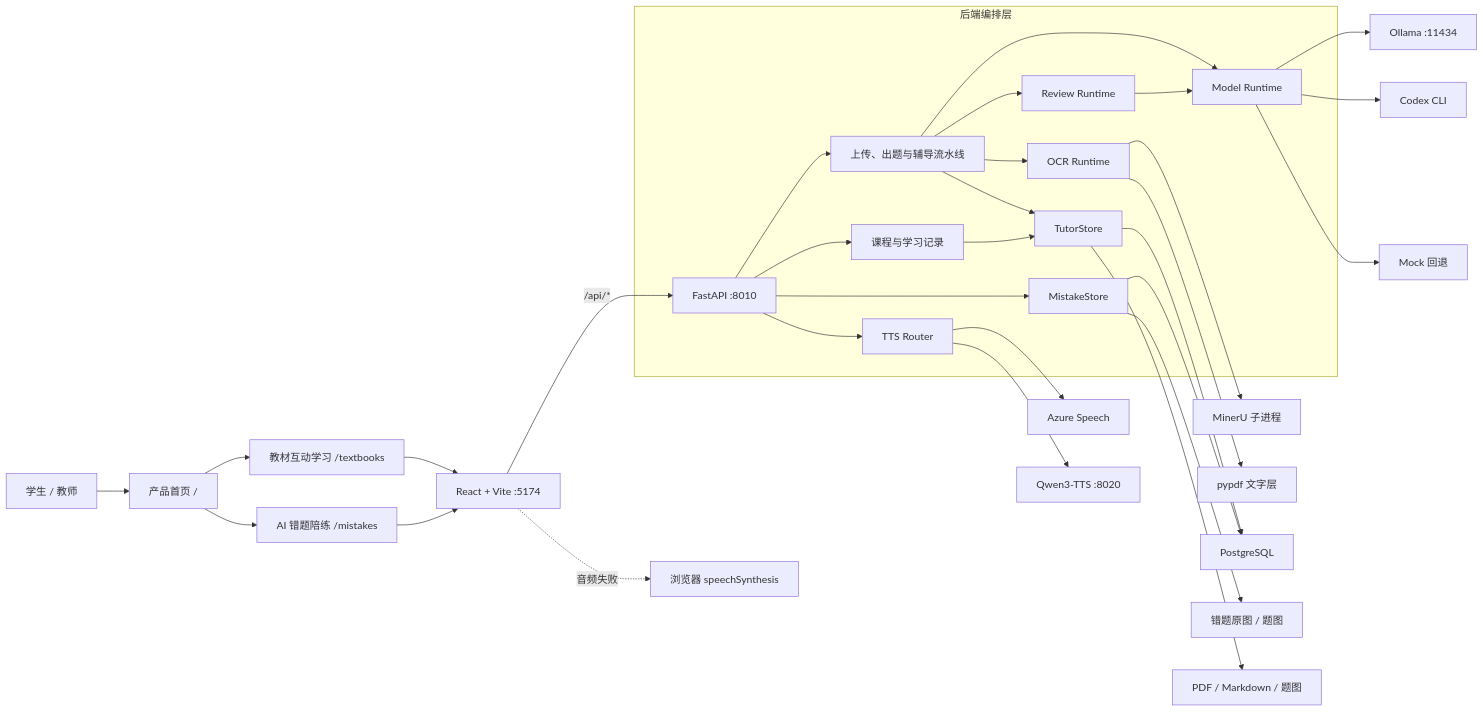
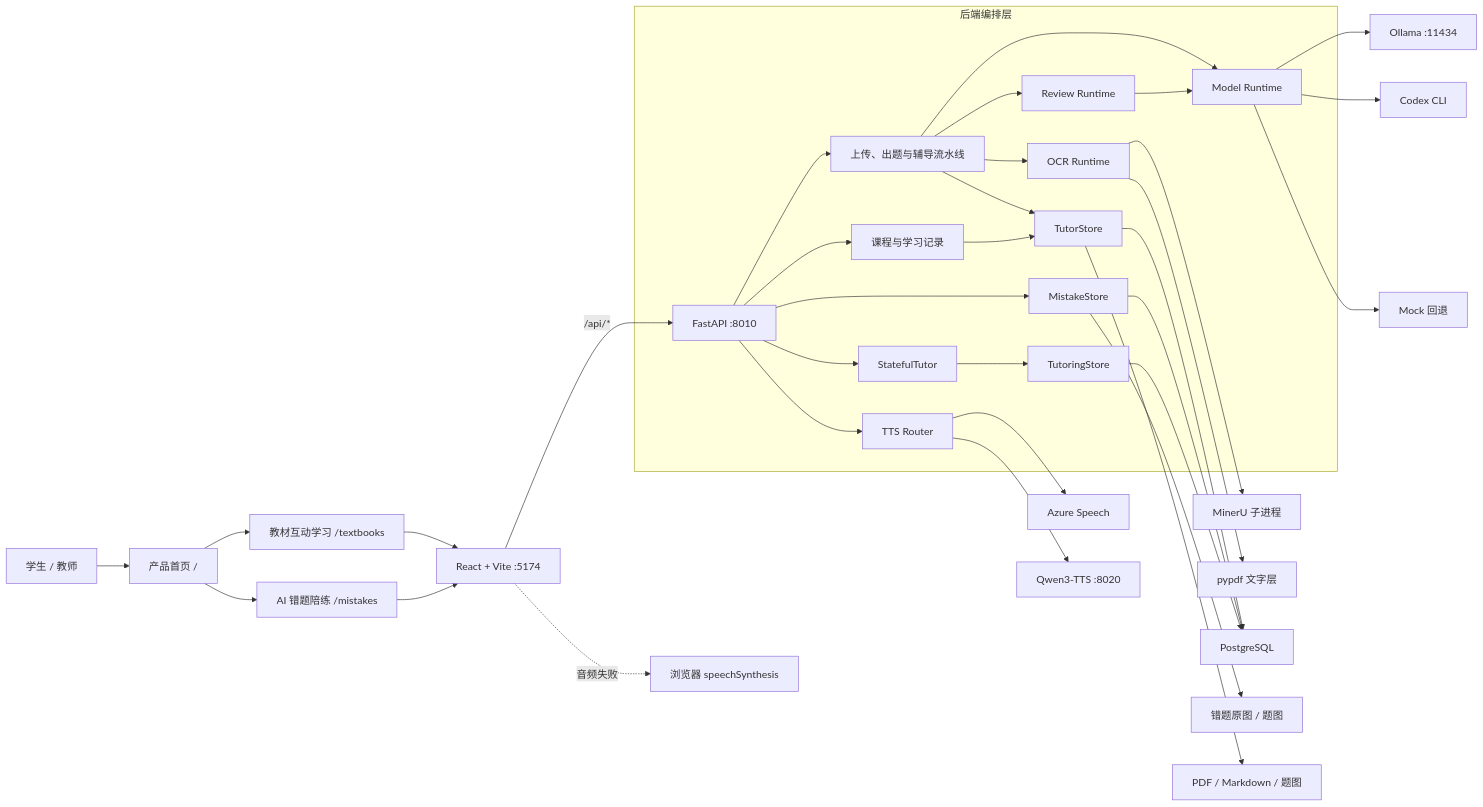
One commit to ningkaikok/dotty-tutor changed the first of 4 diagrams in docs/architecture.md. Above: the diagram before and after it, drawn with Mermaid. The commit also changed other lines of this file and 52 other files, not shown here.

Commit message:
feat(tutoring): add stateful mistake coaching

````diff
--- a/docs/architecture.md
+++ b/docs/architecture.md
@@ -11,35 +11,38 @@
 ```mermaid
 flowchart LR
   User["学生 / 教师"] --> Home["产品首页 /"]
   Home --> Textbooks["教材互动学习 /textbooks"]
   Home --> Mistakes["AI 错题陪练 /mistakes"]
   Textbooks --> Web["React + Vite :5174"]
   Mistakes --> Web
   Web -->|"/api/*"| API["FastAPI :8010"]
 
   subgraph Backend["后端编排层"]
     API --> Pipeline["上传、出题与辅导流水线"]
     API --> Learning["课程与学习记录"]
     Pipeline --> OCR["OCR Runtime"]
     Pipeline --> Model["Model Runtime"]
     Pipeline --> Review["Review Runtime"]
     Pipeline --> Store["TutorStore"]
     Learning --> Store
     API --> TTS["TTS Router"]
     API --> MistakeStore["MistakeStore"]
+    API --> Tutor["StatefulTutor"]
+    Tutor --> ThreadStore["TutoringStore"]
     Review --> Model
   end
 
   OCR --> MinerU["MinerU 子进程"]
   OCR --> PyPDF["pypdf 文字层"]
   Model --> Ollama["Ollama :11434"]
   Model --> Codex["Codex CLI"]
   Model --> Mock["Mock 回退"]
   Store --> PostgreSQL["PostgreSQL"]
   MistakeStore --> PostgreSQL
+  ThreadStore --> PostgreSQL
   MistakeStore --> MistakeFiles["错题原图 / 题图"]
   Store --> Files["PDF / Markdown / 题图"]
   TTS --> Azure["Azure Speech"]
   TTS --> Qwen["Qwen3-TTS :8020"]
   Web -. "音频失败" .-> BrowserTTS["浏览器 speechSynthesis"]
 ```
````
